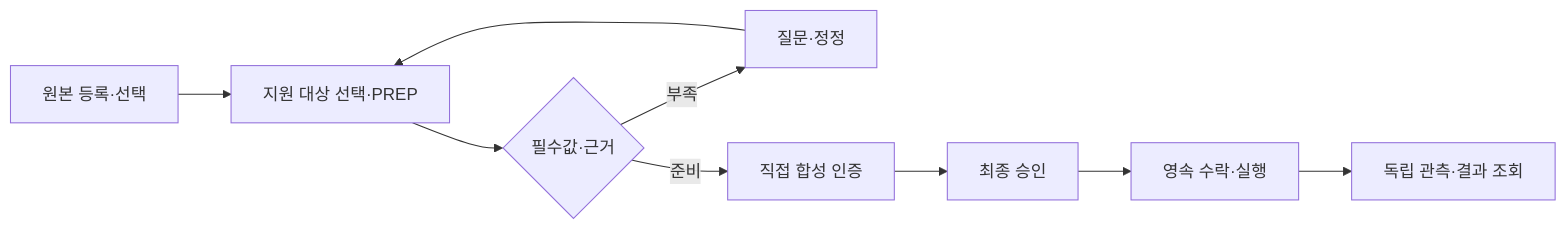
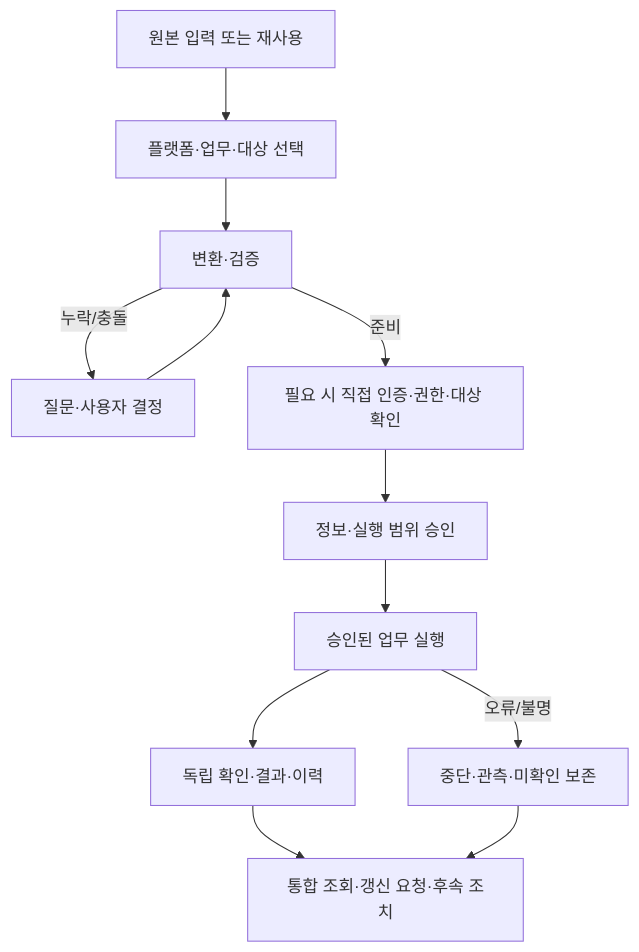
Before and after one commit to ik-e/chaja-you: the diagram in docs/step1/기획서_제출본.md, drawn with Mermaid. The commit also changed other lines of this file and 16 other files, not shown here.

````diff
--- a/docs/step1/기획서_제출본.md
+++ b/docs/step1/기획서_제출본.md
@@ -44,11 +49,14 @@
 ```mermaid
-flowchart LR
- A[원본 등록·선택] --> B[지원 대상 선택·PREP]
- B --> C{필수값·근거}
- C -->|부족| D[질문·정정]
- D --> B
- C -->|준비| E[직접 합성 인증]
- E --> F[최종 승인]
- F --> G[영속 수락·실행]
- G --> H[독립 관측·결과 조회]
+flowchart TD
+ A[원본 입력 또는 재사용] --> B[플랫폼·업무·대상 선택]
+ B --> C[변환·검증]
+ C -->|누락/충돌| D[질문·사용자 결정]
+ D --> C
+ C -->|준비| E[필요 시 직접 인증·권한·대상 확인]
+ E --> F[정보·실행 범위 승인]
+ F --> G[승인된 업무 실행]
+ G --> H[독립 확인·결과·이력]
+ H --> I[통합 조회·갱신 요청·후속 조치]
+ G -->|오류/불명| J[중단·관측·미확인 보존]
+ J --> I
 ```
````
